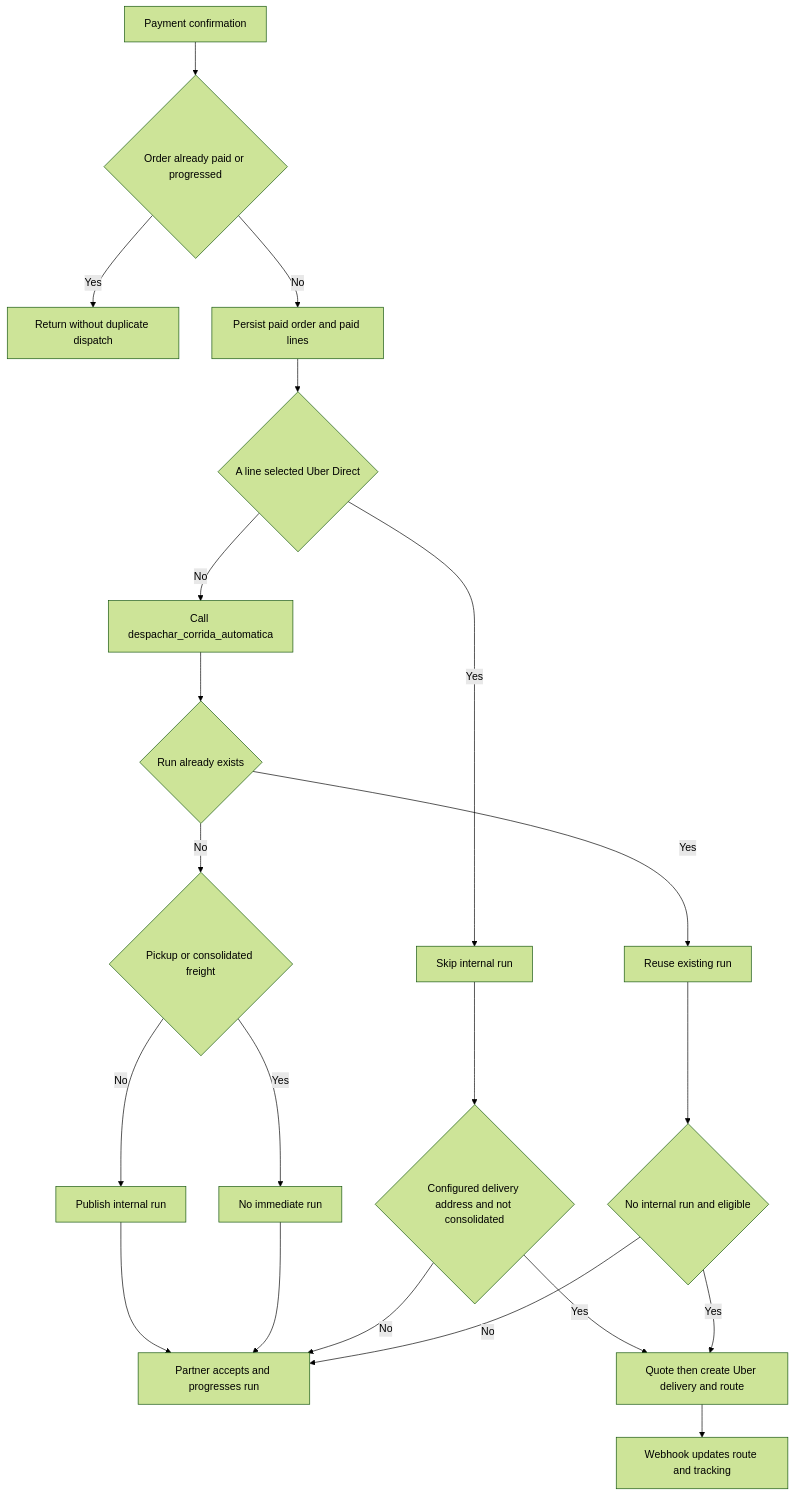
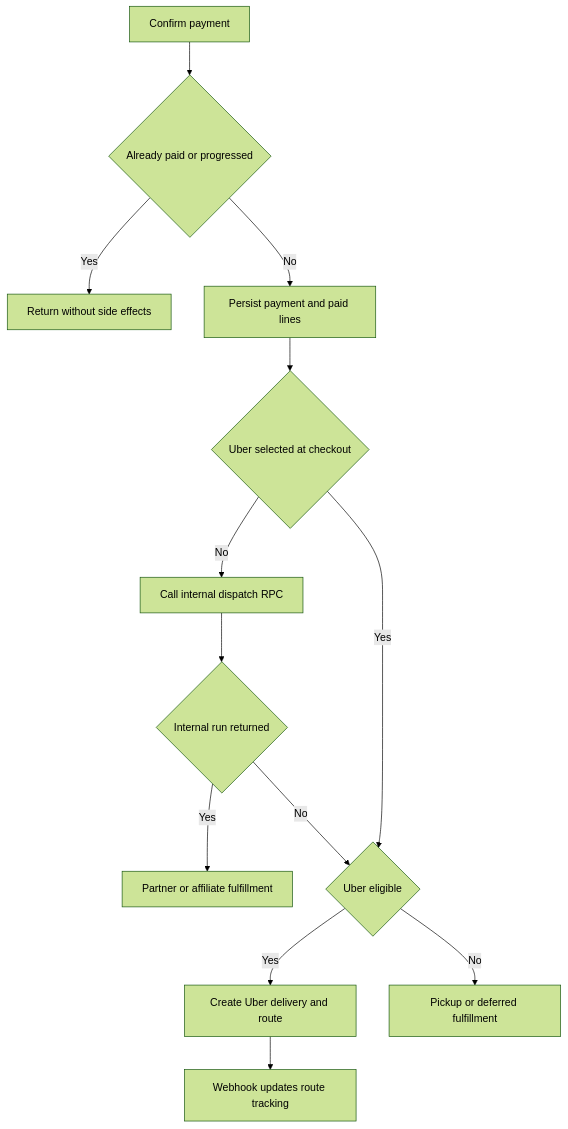
The second of 2 diagrams in openwiki/workflows/fulfillment-and-logistics.md (Schneider-Gr/industria24hIA), drawn with Mermaid (forest theme) before and after one commit. The commit also changed other lines of this file and 32 other files, not shown here.

````diff
--- a/openwiki/workflows/fulfillment-and-logistics.md
+++ b/openwiki/workflows/fulfillment-and-logistics.md
@@ -97,23 +107,15 @@
 ```mermaid
 flowchart TD
-    Paid["Payment confirmation"] --> Already{"Order already paid or progressed"}
-    Already -- Yes --> Stop["Return without duplicate dispatch"]
-    Already -- No --> Persist["Persist paid order and paid lines"]
-    Persist --> ChosenUber{"A line selected Uber Direct"}
-    ChosenUber -- No --> Internal["Call despachar_corrida_automatica"]
-    Internal --> Existing{"Run already exists"}
-    Existing -- Yes --> InternalDone["Reuse existing run"]
-    Existing -- No --> Excluded{"Pickup or consolidated freight"}
-    Excluded -- Yes --> Batch["No immediate run"]
-    Excluded -- No --> Run["Publish internal run"]
-    ChosenUber -- Yes --> NoInternal["Skip internal run"]
-    NoInternal --> UberEligible{"Configured delivery address and not consolidated"}
-    InternalDone --> UberFallback{"No internal run and eligible"}
-    Run --> Done["Partner accepts and progresses run"]
-    Batch --> Done
-    UberEligible -- Yes --> CreateUber["Quote then create Uber delivery and route"]
-    UberEligible -- No --> Done
-    UberFallback -- Yes --> CreateUber
-    UberFallback -- No --> Done
-    CreateUber --> Track["Webhook updates route and tracking"]
+    Confirm["Confirm payment"] --> Already{"Already paid or progressed"}
+    Already -- Yes --> Stop["Return without side effects"]
+    Already -- No --> Persist["Persist payment and paid lines"]
+    Persist --> ExplicitUber{"Uber selected at checkout"}
+    ExplicitUber -- No --> Dispatch["Call internal dispatch RPC"]
+    Dispatch --> InternalRun{"Internal run returned"}
+    InternalRun -- Yes --> Partner["Partner or affiliate fulfillment"]
+    InternalRun -- No --> Eligible{"Uber eligible"}
+    ExplicitUber -- Yes --> Eligible
+    Eligible -- Yes --> Uber["Create Uber delivery and route"]
+    Eligible -- No --> Deferred["Pickup or deferred fulfillment"]
+    Uber --> Webhook["Webhook updates route tracking"]
 ```
````
